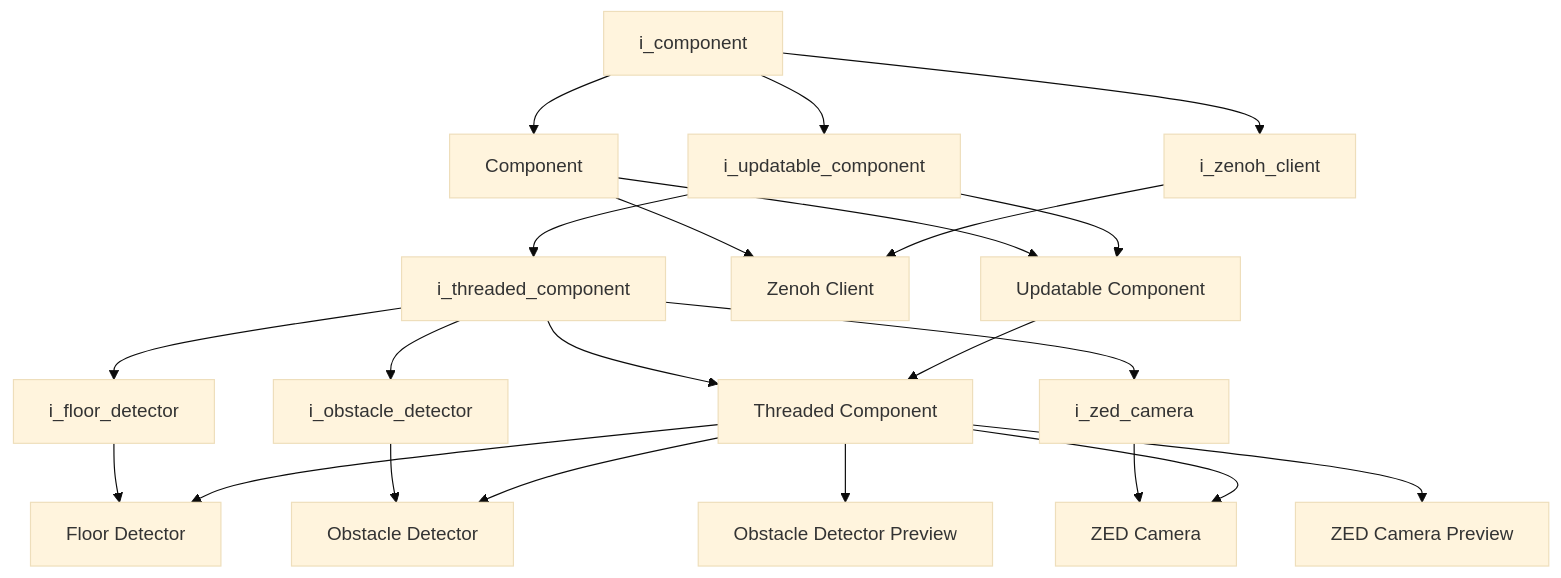
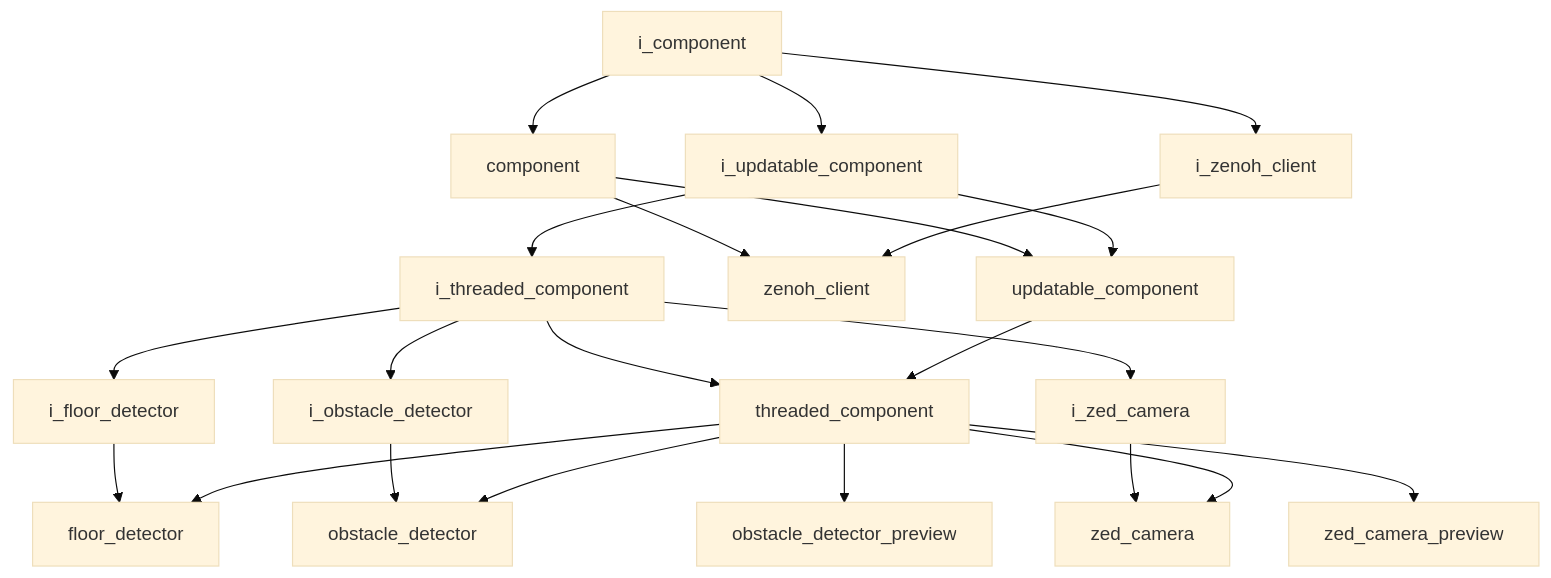
One commit to kasper-szczerba/autonomous_control_system_wiki changed the second of 2 diagrams in docs/codebase/namespaces/core/interfaces/i_component.md. Above: the diagram before and after it, drawn with Mermaid (base theme). The commit also changed other lines of this file and 41 other files, not shown here.

````diff
--- a/docs/codebase/namespaces/core/interfaces/i_component.md
+++ b/docs/codebase/namespaces/core/interfaces/i_component.md
@@ -24,25 +22,25 @@
 ```mermaid
 graph TD
     i_component["i_component"]
-    component["Component"] --> updatable_component["Updatable Component"]
-    component["Component"] --> zenoh_client["Zenoh Client"]
-    i_component["i_component"] --> component["Component"]
+    component["component"] --> updatable_component["updatable_component"]
+    component["component"] --> zenoh_client["zenoh_client"]
+    i_component["i_component"] --> component["component"]
     i_component["i_component"] --> i_updatable_component["i_updatable_component"]
     i_component["i_component"] --> i_zenoh_client["i_zenoh_client"]
-    i_floor_detector["i_floor_detector"] --> floor_detector["Floor Detector"]
-    i_obstacle_detector["i_obstacle_detector"] --> obstacle_detector["Obstacle Detector"]
+    i_floor_detector["i_floor_detector"] --> floor_detector["floor_detector"]
+    i_obstacle_detector["i_obstacle_detector"] --> obstacle_detector["obstacle_detector"]
     i_threaded_component["i_threaded_component"] --> i_floor_detector["i_floor_detector"]
     i_threaded_component["i_threaded_component"] --> i_obstacle_detector["i_obstacle_detector"]
     i_threaded_component["i_threaded_component"] --> i_zed_camera["i_zed_camera"]
-    i_threaded_component["i_threaded_component"] --> threaded_component["Threaded Component"]
+    i_threaded_component["i_threaded_component"] --> threaded_component["threaded_component"]
     i_updatable_component["i_updatable_component"] --> i_threaded_component["i_threaded_component"]
-    i_updatable_component["i_updatable_component"] --> updatable_component["Updatable Component"]
-    i_zed_camera["i_zed_camera"] --> zed_camera["ZED Camera"]
-    i_zenoh_client["i_zenoh_client"] --> zenoh_client["Zenoh Client"]
-    threaded_component["Threaded Component"] --> floor_detector["Floor Detector"]
-    threaded_component["Threaded Component"] --> obstacle_detector["Obstacle Detector"]
-    threaded_component["Threaded Component"] --> obstacle_detector_preview["Obstacle Detector Preview"]
-    threaded_component["Threaded Component"] --> zed_camera["ZED Camera"]
-    threaded_component["Threaded Component"] --> zed_camera_preview["ZED Camera Preview"]
-    updatable_component["Updatable Component"] --> threaded_component["Threaded Component"]
+    i_updatable_component["i_updatable_component"] --> updatable_component["updatable_component"]
+    i_zed_camera["i_zed_camera"] --> zed_camera["zed_camera"]
+    i_zenoh_client["i_zenoh_client"] --> zenoh_client["zenoh_client"]
+    threaded_component["threaded_component"] --> floor_detector["floor_detector"]
+    threaded_component["threaded_component"] --> obstacle_detector["obstacle_detector"]
+    threaded_component["threaded_component"] --> obstacle_detector_preview["obstacle_detector_preview"]
+    threaded_component["threaded_component"] --> zed_camera["zed_camera"]
+    threaded_component["threaded_component"] --> zed_camera_preview["zed_camera_preview"]
+    updatable_component["updatable_component"] --> threaded_component["threaded_component"]
 ```
````
